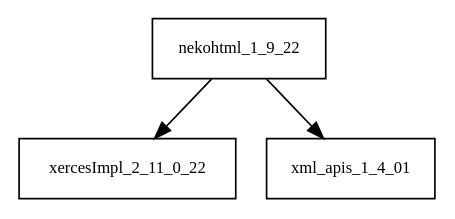
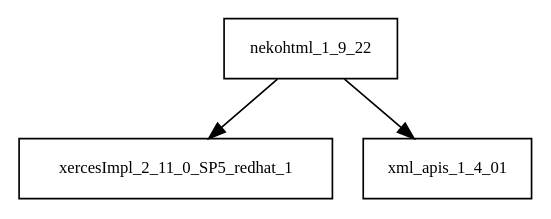
Before and after one commit to sjvs/cia: the diagram in tattleTaleReport/graphviz/nekohtml-1.9.22.jar/nekohtml-1.9.22.jar.dot, drawn with Graphviz. The commit also changed 1978 other files, not shown here.

```diff
--- a/tattleTaleReport/graphviz/nekohtml-1.9.22.jar/nekohtml-1.9.22.jar.dot
+++ b/tattleTaleReport/graphviz/nekohtml-1.9.22.jar/nekohtml-1.9.22.jar.dot
@@ -1,5 +1,5 @@
 digraph nekohtml_1_9_22_dependencies {
   node [shape = box, fontsize=10.0];
-  nekohtml_1_9_22 -> xercesImpl_2_11_0_22;
+  nekohtml_1_9_22 -> xercesImpl_2_11_0_SP5_redhat_1;
   nekohtml_1_9_22 -> xml_apis_1_4_01;
 }
```
